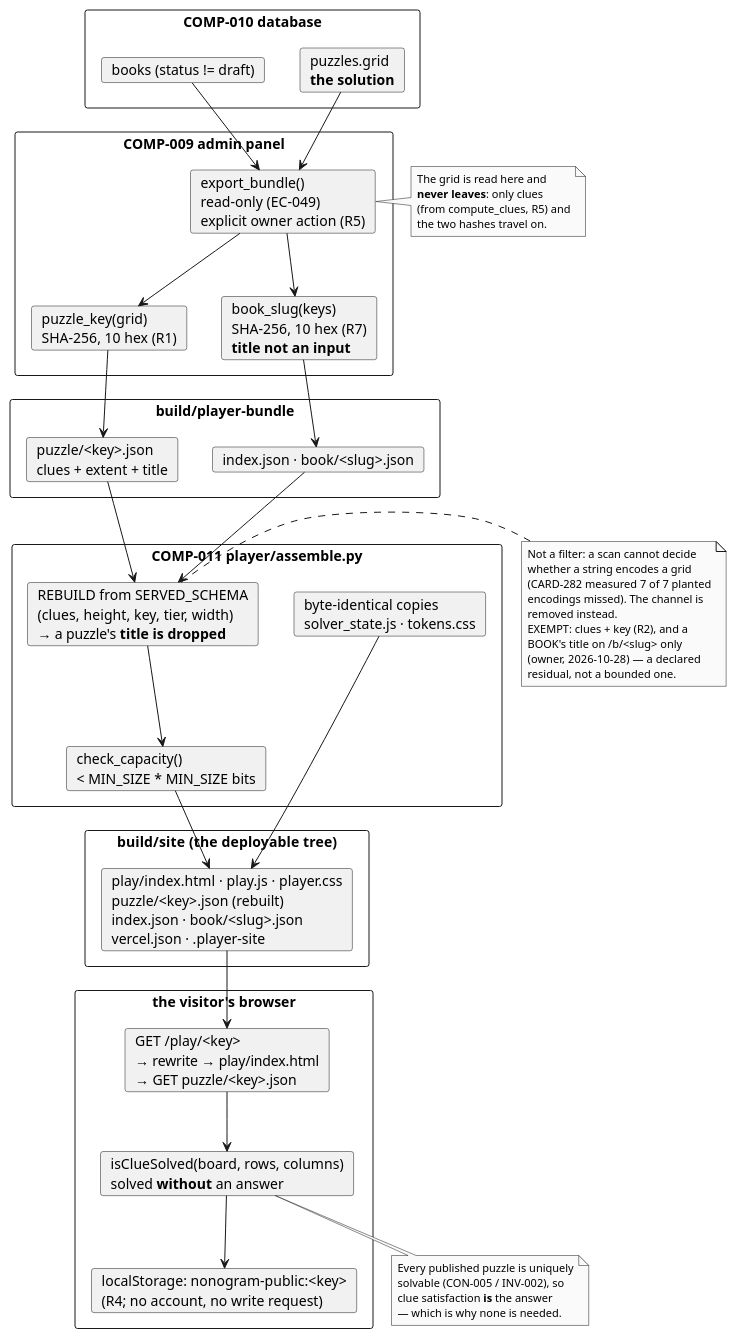
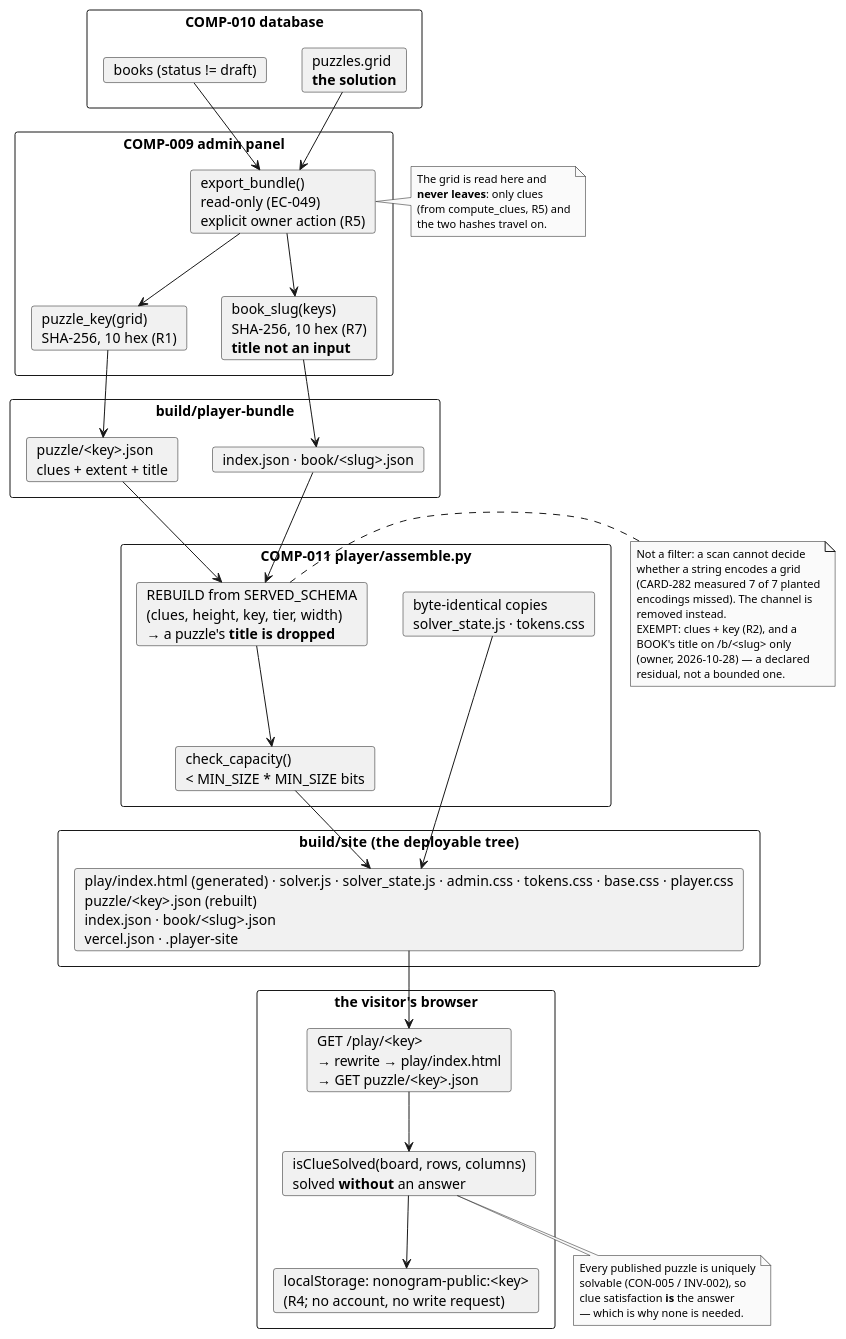
One commit to et0175/nonogram changed the diagram in docs/how-it-works/01-domain/puzzle-creation/diagrams/11-bundle-to-site.puml. Above: the diagram before and after it, drawn with PlantUML. The commit also changed 28 other files, not shown here.

First line of the commit message:
feat(CARD-399): step 3 - the shared-UI player is the only /play/<key>; play.js, play.html and their tests are retired

```diff
--- a/docs/how-it-works/01-domain/puzzle-creation/diagrams/11-bundle-to-site.puml
+++ b/docs/how-it-works/01-domain/puzzle-creation/diagrams/11-bundle-to-site.puml
@@ -1,87 +1,87 @@
 @startuml 11-bundle-to-site
 ' Where a solution grid stops, on the path from the database to a visitor.
 ' Derived from: admin/player_bundle.py (export_bundle :336, SERVED/BOOK/INDEX
 ' field tuples :140-:159, puzzle_key :215, book_slug :257, FINALIZED_STATUSES
 ' :302) and player/assemble.py (COPIED_FROM_ADMIN :381, SERVED_SCHEMA :733,
 ' EXEMPT_SERVED_FIELDS :541, EXEMPT_LISTING_FIELDS :902, check_capacity :572,
-' SITE_MARKER_FILE :487) and player/play.js (fetch + isClueSolved :174).
+' SITE_MARKER_FILE :487) and the generated play shell's loader (shared_ui_play_page; CARD-399 retired play.js).
 skinparam monochrome true
 skinparam shadowing false
 skinparam defaultFontName Helvetica
 skinparam ArrowFontSize 11
 skinparam NoteFontSize 11
 
 rectangle "COMP-010 database" as db {
   card "puzzles.grid\n**the solution**" as grid
   card "books (status != draft)" as books
 }
 
 rectangle "COMP-009 admin panel" as admin {
   card "export_bundle()\nread-only (EC-049)\nexplicit owner action (R5)" as export
   card "puzzle_key(grid)\nSHA-256, 10 hex (R1)" as key
   card "book_slug(keys)\nSHA-256, 10 hex (R7)\n**title not an input**" as slug
 }
 
 rectangle "build/player-bundle" as bundle {
   card "puzzle/<key>.json\nclues + extent + title" as bpuzzle
   card "index.json · book/<slug>.json" as blist
 }
 
 rectangle "COMP-011 player/assemble.py" as asm {
   card "REBUILD from SERVED_SCHEMA\n(clues, height, key, tier, width)\n→ a puzzle's **title is dropped**" as rebuild
   card "byte-identical copies\nsolver_state.js · tokens.css" as copy
   card "check_capacity()\n< MIN_SIZE * MIN_SIZE bits" as cap
 }
 
 rectangle "build/site  (the deployable tree)" as site {
-  card "play/index.html · play.js · player.css\npuzzle/<key>.json (rebuilt)\nindex.json · book/<slug>.json\nvercel.json · .player-site" as tree
+  card "play/index.html (generated) · solver.js · solver_state.js · admin.css · tokens.css · base.css · player.css\npuzzle/<key>.json (rebuilt)\nindex.json · book/<slug>.json\nvercel.json · .player-site" as tree
 }
 
 rectangle "the visitor's browser" as browser {
   card "GET /play/<key>\n→ rewrite → play/index.html\n→ GET puzzle/<key>.json" as fetch
   card "isClueSolved(board, rows, columns)\nsolved **without** an answer" as solved
   card "localStorage: nonogram-public:<key>\n(R4; no account, no write request)" as store
 }
 
 grid --> export
 books --> export
 export --> key
 export --> slug
 key --> bpuzzle
 slug --> blist
 bpuzzle --> rebuild
 blist --> rebuild
 rebuild --> cap
 copy --> tree
 cap --> tree
 tree --> fetch
 fetch --> solved
 solved --> store
 
 note right of export
   The grid is read here and
   **never leaves**: only clues
   (from compute_clues, R5) and
   the two hashes travel on.
 end note
 
 note right of rebuild
   Not a filter: a scan cannot decide
   whether a string encodes a grid
   (CARD-282 measured 7 of 7 planted
   encodings missed). The channel is
   removed instead.
   EXEMPT: clues + key (R2), and a
   BOOK's title on /b/<slug> only
   (owner, 2026-10-28) — a declared
   residual, not a bounded one.
 end note
 
 note bottom of solved
   Every published puzzle is uniquely
   solvable (CON-005 / INV-002), so
   clue satisfaction **is** the answer
   — which is why none is needed.
 end note
 
 @enduml
```
